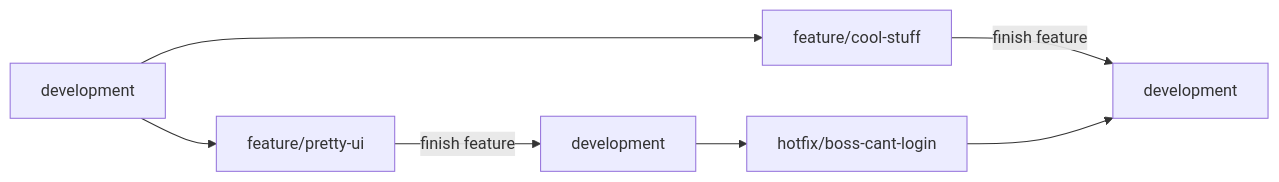
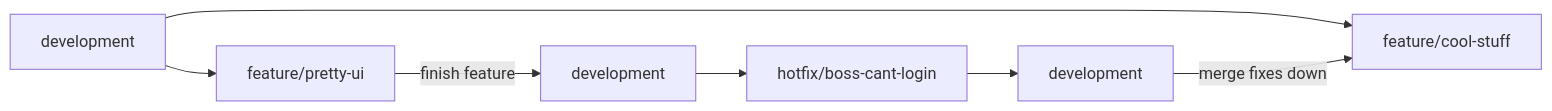
Before and after one commit to hasparus/software-engineering-class: the diagram in testy/plan_zarządzania_jakością_produktu.md, drawn with Mermaid. The commit also changed other lines of this file, not shown here.

Commit message:
Uploaded by https://stackedit.io/

````diff
--- a/testy/plan_zarządzania_jakością_produktu.md
+++ b/testy/plan_zarządzania_jakością_produktu.md
@@ -19,10 +19,10 @@
 ```mermaid
 graph LR;
 	d#1[development]-->feature/cool-stuff;
 	d#1[development]-->feature/pretty-ui;
 	feature/pretty-ui--finish feature-->d#2[development];
-	feature/cool-stuff--finish feature-->d#3[development];
+	d#3[development]--merge fixes down-->feature/cool-stuff;
 	d#2[development]-->hotfix/boss-cant-login;
 	hotfix/boss-cant-login-->d#3[development]	
 	
 ```
````
